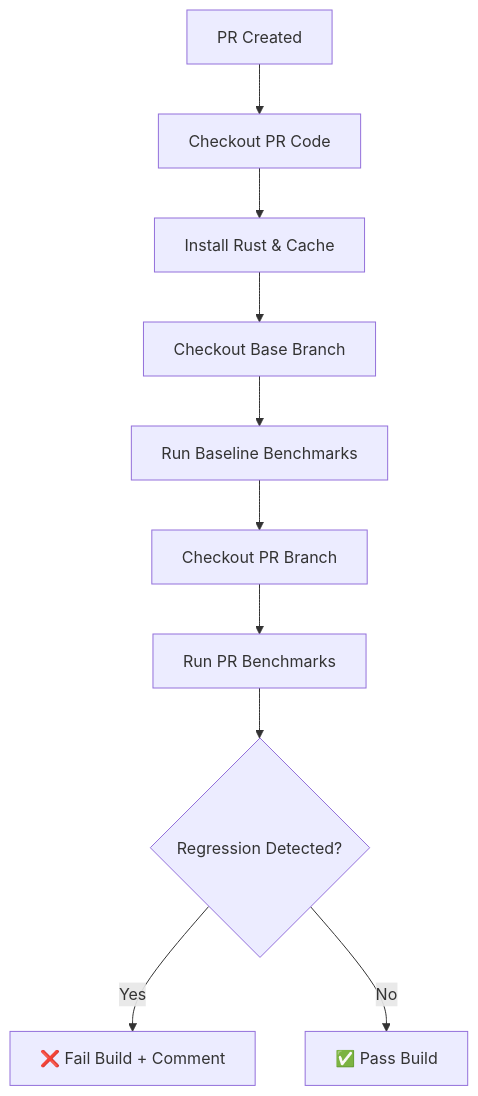
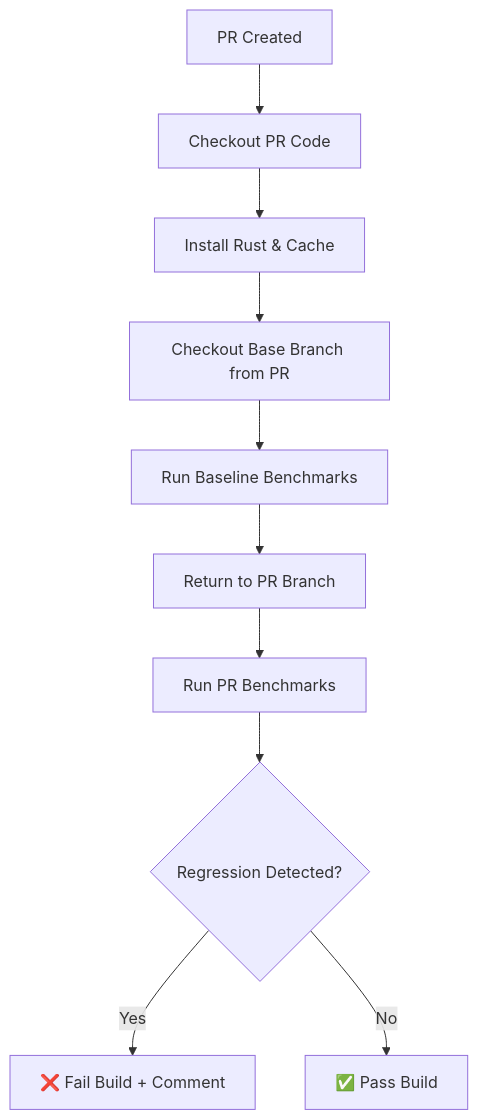
One commit to ashim-kr-saha/shamir_share changed the first of 2 diagrams in .docs/CI_BENCHMARK_SETUP.md. Above: the diagram before and after it, drawn with Mermaid.

````diff
--- a/.docs/CI_BENCHMARK_SETUP.md
+++ b/.docs/CI_BENCHMARK_SETUP.md
@@ -23,12 +23,12 @@
 ```mermaid
 graph TD
     A[PR Created] --> B[Checkout PR Code]
     B --> C[Install Rust & Cache]
-    C --> D[Checkout Base Branch]
+    C --> D[Checkout Base Branch from PR]
     D --> E[Run Baseline Benchmarks]
-    E --> F[Checkout PR Branch]
+    E --> F[Return to PR Branch]
     F --> G[Run PR Benchmarks]
     G --> H{Regression Detected?}
     H -->|Yes| I[❌ Fail Build + Comment]
     H -->|No| J[✅ Pass Build]
 ```
````
